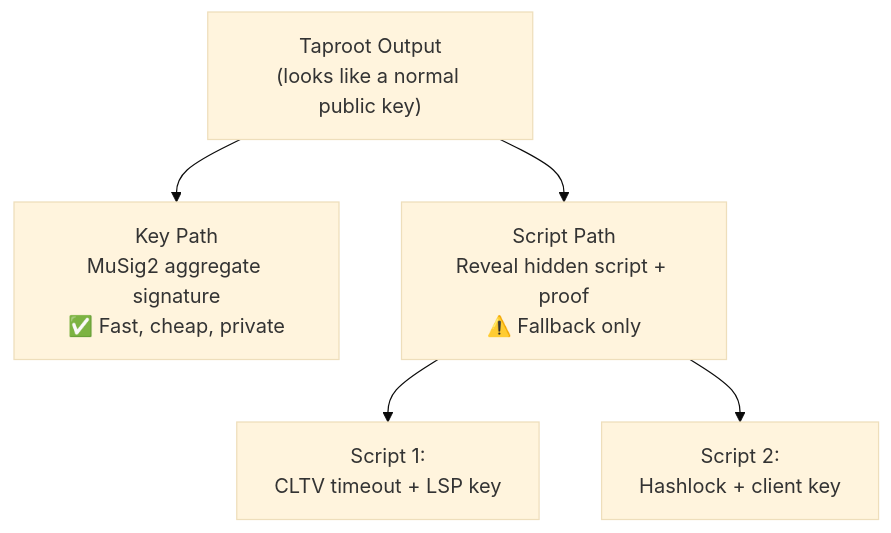
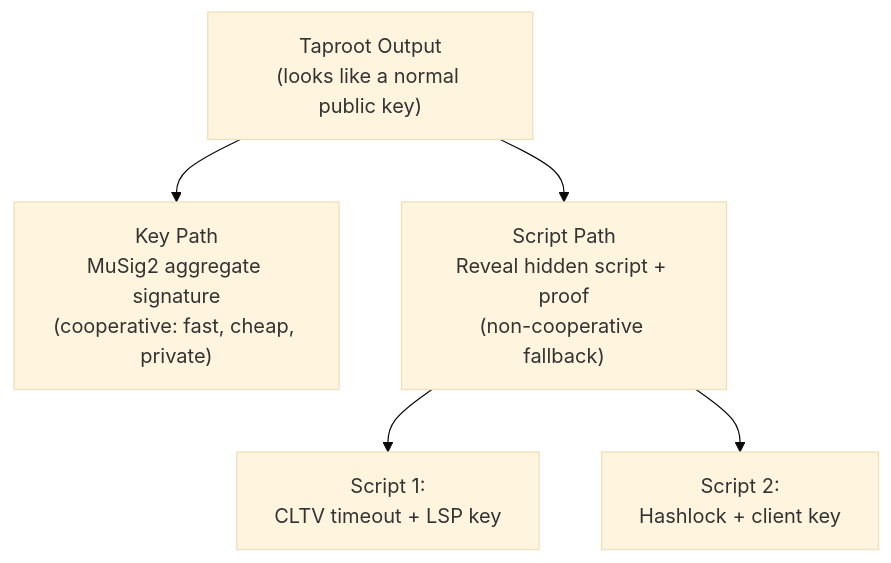
Before and after one commit to 8144225309/superscalar-docs: the diagram in foundations/what-is-taproot.md, drawn with Mermaid (base theme). The commit also changed other lines of this file and 31 other files, not shown here.

````diff
--- a/foundations/what-is-taproot.md
+++ b/foundations/what-is-taproot.md
@@ -17,8 +9,8 @@
 ```mermaid
 graph TD
-    O["Taproot Output<br/>(looks like a normal public key)"] --> KP["Key Path<br/>MuSig2 aggregate signature<br/>✅ Fast, cheap, private"]
-    O --> SP["Script Path<br/>Reveal hidden script + proof<br/>⚠️ Fallback only"]
+    O["Taproot Output<br/>(looks like a normal public key)"] --> KP["Key Path<br/>MuSig2 aggregate signature<br/>(cooperative: fast, cheap, private)"]
+    O --> SP["Script Path<br/>Reveal hidden script + proof<br/>(non-cooperative fallback)"]
 
     SP --> S1["Script 1:<br/>CLTV timeout + LSP key"]
     SP --> S2["Script 2:<br/>Hashlock + client key"]
 ```
````
